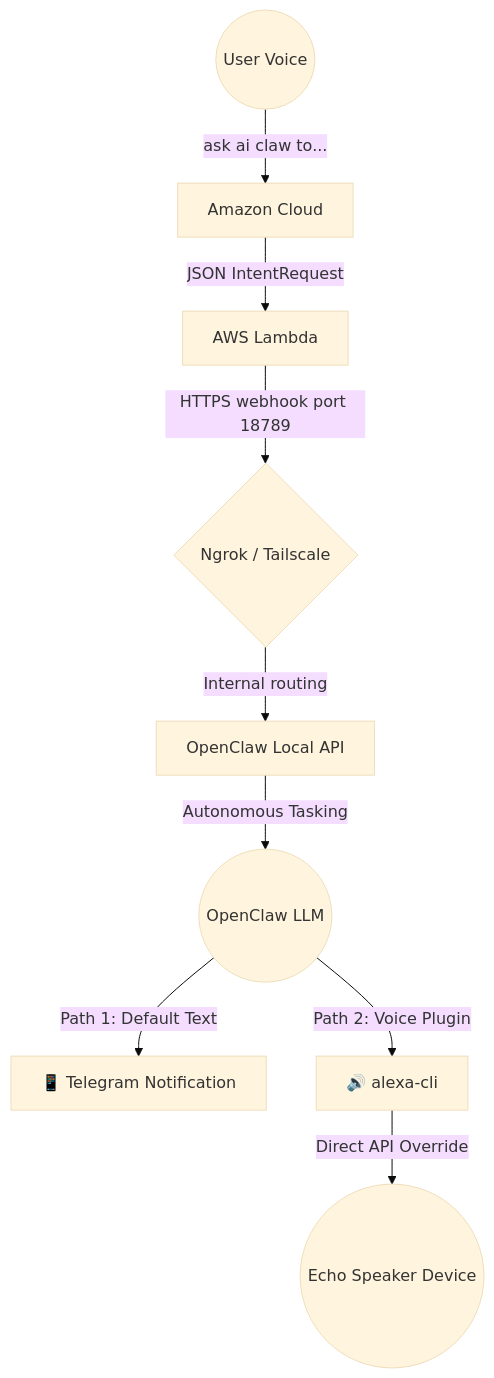
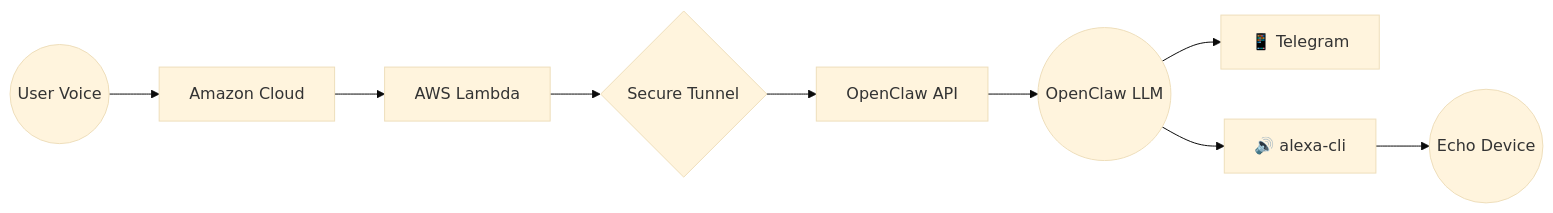
One commit to abhinav-TB/openclaw-alexa changed the diagram in README.md. Above: the diagram before and after it, drawn with Mermaid (base theme). The commit also changed 1 other file, not shown here.

Commit message:
docs: add project todo list and update infrastructure flow diagram in README

````diff
--- a/README.md
+++ b/README.md
@@ -10,11 +10,11 @@
 ```mermaid
-graph TD
-    UserVoice(("User Voice")) -->|"ask ai claw to..."| Amzn["Amazon Cloud"]
-    Amzn -->|"JSON IntentRequest"| Aws["AWS Lambda"]
-    Aws -->|"HTTPS webhook port 18789"| Tunnel{"Ngrok / Tailscale"}
-    Tunnel -->|"Internal routing"| Api["OpenClaw Local API"]
-    Api -->|"Autonomous Tasking"| Llm(("OpenClaw LLM"))
-    Llm -->|"Path 1: Default Text"| Telegram["📱 Telegram Notification"]
-    Llm -->|"Path 2: Voice Plugin"| AlexaCli["🔊 alexa-cli"]
-    AlexaCli -->|"Direct API Override"| Speaker(("Echo Speaker Device"))
+graph LR
+    Voice(("User Voice")) --> Amazon["Amazon Cloud"]
+    Amazon --> Lambda["AWS Lambda"]
+    Lambda --> Tunnel{"Secure Tunnel"}
+    Tunnel --> API["OpenClaw API"]
+    API --> LLM(("OpenClaw LLM"))
+    LLM --> Telegram["📱 Telegram"]
+    LLM --> CLI["🔊 alexa-cli"]
+    CLI --> Speaker(("Echo Device"))
 ```
````
